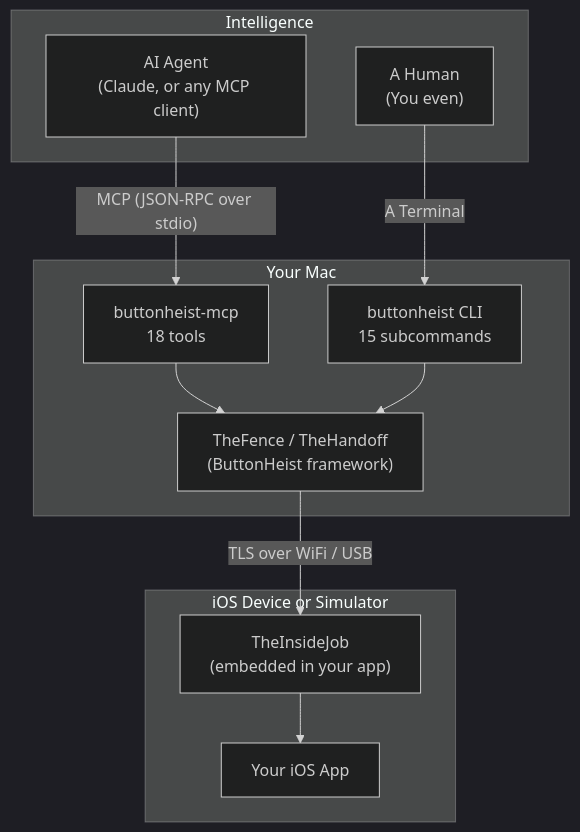
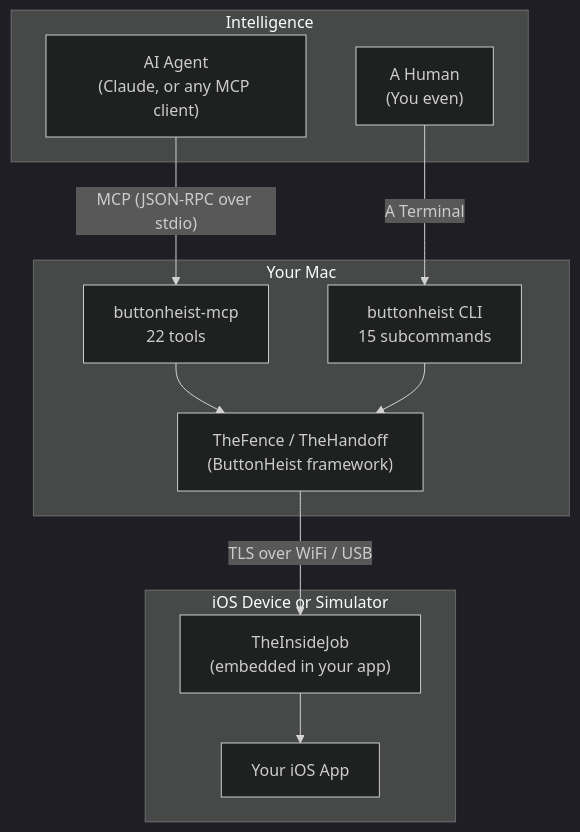
The diagram in README.md (RoyalPineapple/TheButtonHeist), drawn with Mermaid (dark theme) before and after one commit. The commit also changed other lines of this file and 1 other file, not shown here.

````diff
--- a/README.md
+++ b/README.md
@@ -79,34 +223,34 @@
 ```mermaid
 %% If you can read this, the diagram isn't rendering. Try github.com in a browser.
 graph TD
     AI["AI Agent<br/>(Claude, or any MCP client)"]
     HUMAN["A Human<br/>(You even)"]
-    MCP["buttonheist-mcp<br/>18 tools"]
+    MCP["buttonheist-mcp<br/>22 tools"]
     CLI["buttonheist CLI<br/>15 subcommands"]
     Client["TheFence / TheHandoff<br/>(ButtonHeist framework)"]
     IJ["TheInsideJob<br/>(embedded in your app)"]
     App["Your iOS App"]
 
     AI -->|"MCP (JSON-RPC over stdio)"| MCP
     MCP --> Client
     HUMAN -->|"A Terminal"| CLI
     CLI --> Client
     Client -->|"TLS over WiFi / USB"| IJ
     IJ --> App
 
     subgraph Intelligence["Intelligence"]
         HUMAN
         AI
     end
 
     subgraph Mac["Your Mac"]
         MCP
         CLI
         Client
     end
 
     subgraph Device["iOS Device or Simulator"]
         IJ
         App
     end
 ```
````
